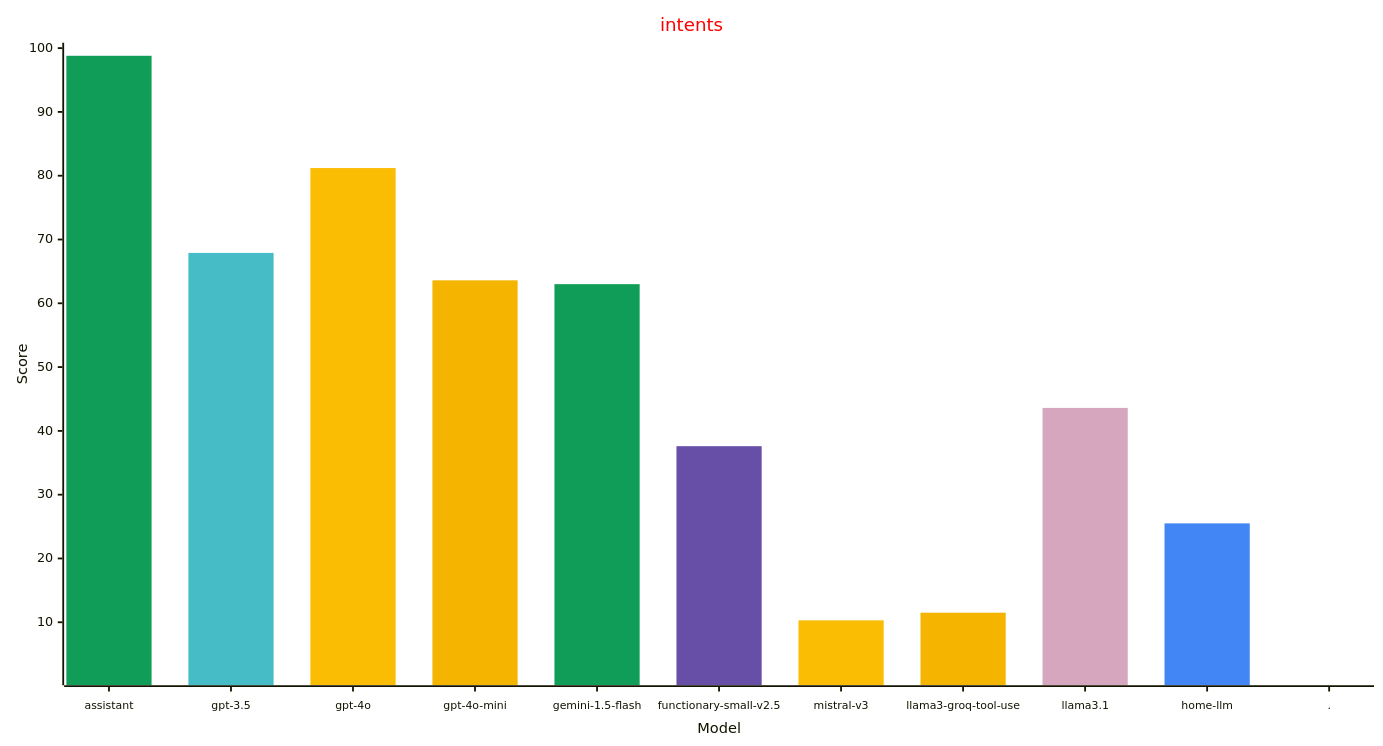
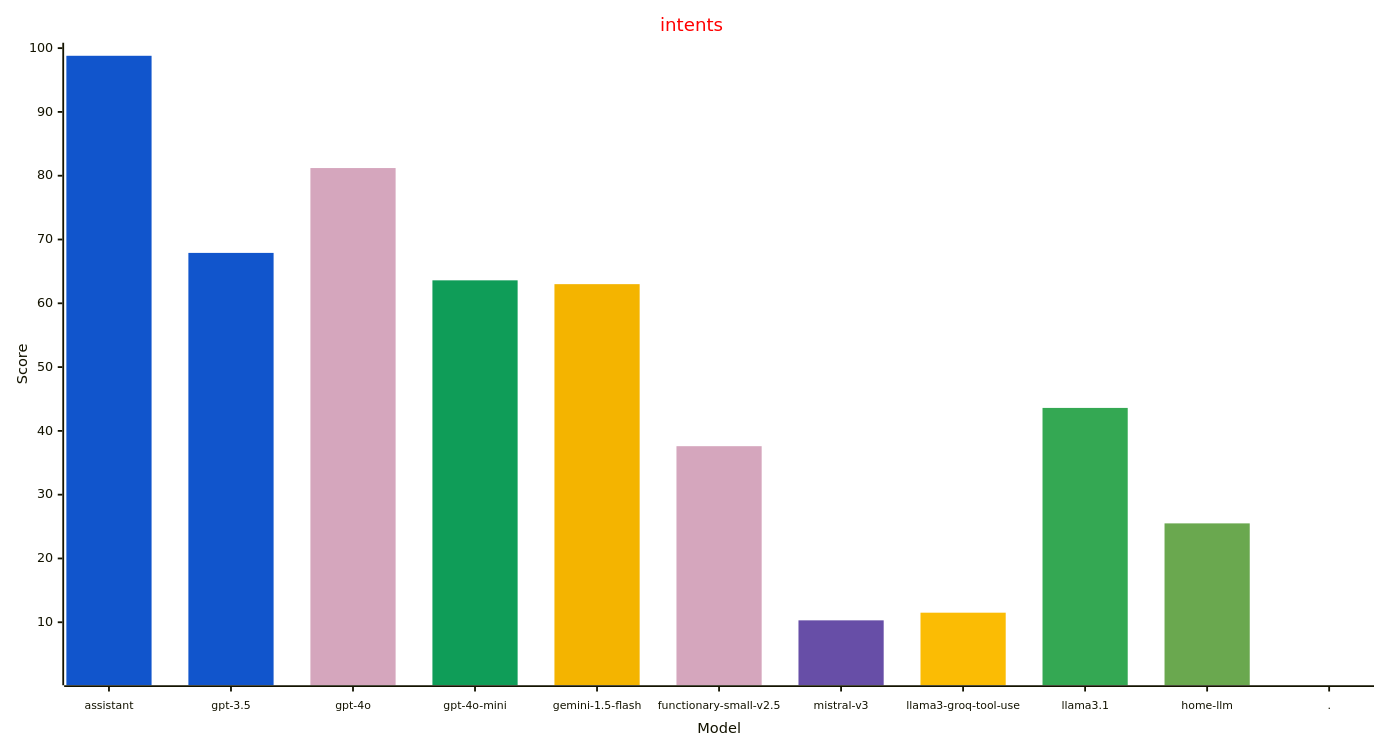
Before and after one commit to allenporter/home-assistant-datasets: the fourth of 4 diagrams in reports/README.md, drawn with Mermaid. The commit also changed other lines of this file and 2 other files, not shown here.

````diff
--- a/reports/README.md
+++ b/reports/README.md
@@ -158,31 +194,31 @@
 ```mermaid
 ---
 config:
     xyChart:
         width: 1500
         height: 800
         xAxis:
           labelFontSize: 12
           labelPadding: 8
     themeVariables:
         xyChart:
             titleColor: "#ff0000"
-            plotColorPalette: "#0f9d58, #46bdc6, #fbbc04, #f4b400, #0f9d58, #674ea7, #fbbc04, #f4b400, #d5a6bd, #4285f4, #4285f4"
+            plotColorPalette: "#1155cc, #1155cc, #d5a6bd, #0f9d58, #f4b400, #d5a6bd, #674ea7, #fbbc04, #34a853, #6aa84f, #4285f4"
 
 ---
 xychart-beta
   title "intents"
   x-axis "Model" [assistant, gpt-3.5, gpt-4o, gpt-4o-mini, gemini-1.5-flash, functionary-small-v2.5, mistral-v3, llama3-groq-tool-use, llama3.1, home-llm, .]
   y-axis "Score" 1 --> 100
   bar [98.8, 0.0, 0.0, 0.0, 0.0, 0.0, 0.0, 0.0, 0.0, 0.0, 0.0]
   bar [0.0, 67.9, 0.0, 0.0, 0.0, 0.0, 0.0, 0.0, 0.0, 0.0, 0.0]
   bar [0.0, 0.0, 81.2, 0.0, 0.0, 0.0, 0.0, 0.0, 0.0, 0.0, 0.0]
   bar [0.0, 0.0, 0.0, 63.6, 0.0, 0.0, 0.0, 0.0, 0.0, 0.0, 0.0]
   bar [0.0, 0.0, 0.0, 0.0, 63.0, 0.0, 0.0, 0.0, 0.0, 0.0, 0.0]
   bar [0.0, 0.0, 0.0, 0.0, 0.0, 37.6, 0.0, 0.0, 0.0, 0.0, 0.0]
   bar [0.0, 0.0, 0.0, 0.0, 0.0, 0.0, 10.3, 0.0, 0.0, 0.0, 0.0]
   bar [0.0, 0.0, 0.0, 0.0, 0.0, 0.0, 0.0, 11.5, 0.0, 0.0, 0.0]
   bar [0.0, 0.0, 0.0, 0.0, 0.0, 0.0, 0.0, 0.0, 43.6, 0.0, 0.0]
   bar [0.0, 0.0, 0.0, 0.0, 0.0, 0.0, 0.0, 0.0, 0.0, 25.5, 0.0]
   bar [0.0, 0.0, 0.0, 0.0, 0.0, 0.0, 0.0, 0.0, 0.0, 0.0, -1.0]
 ```
````
